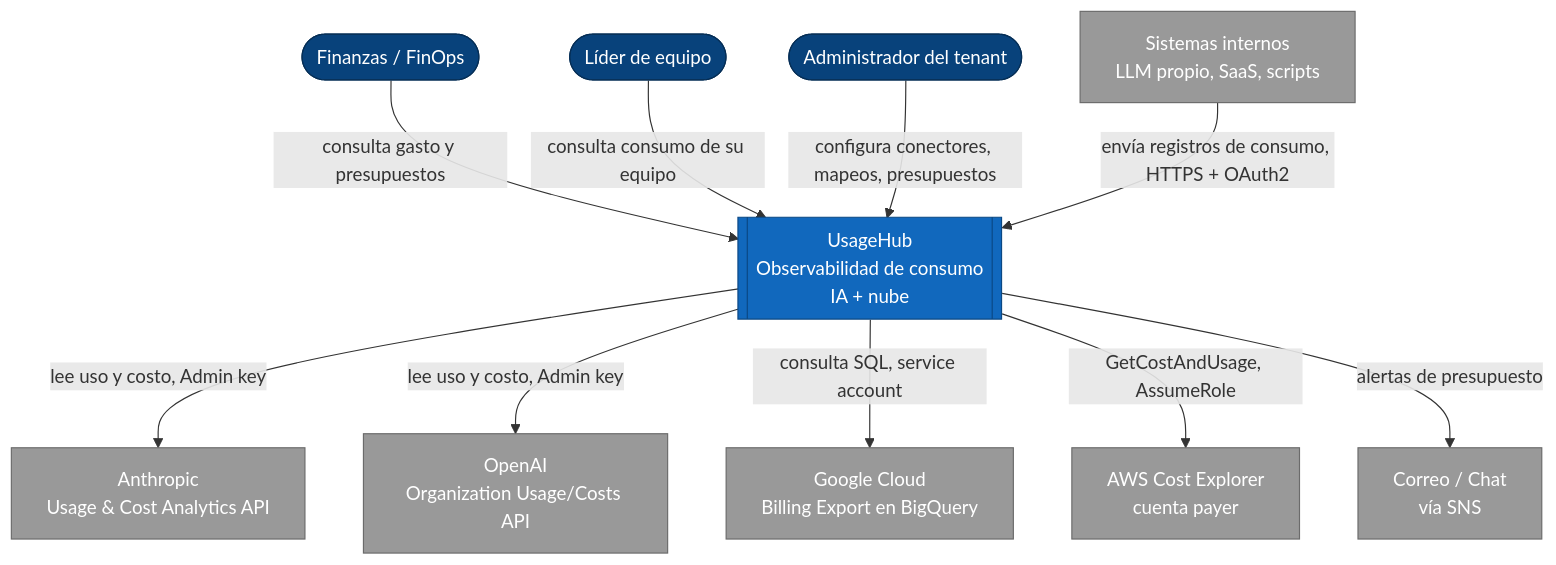
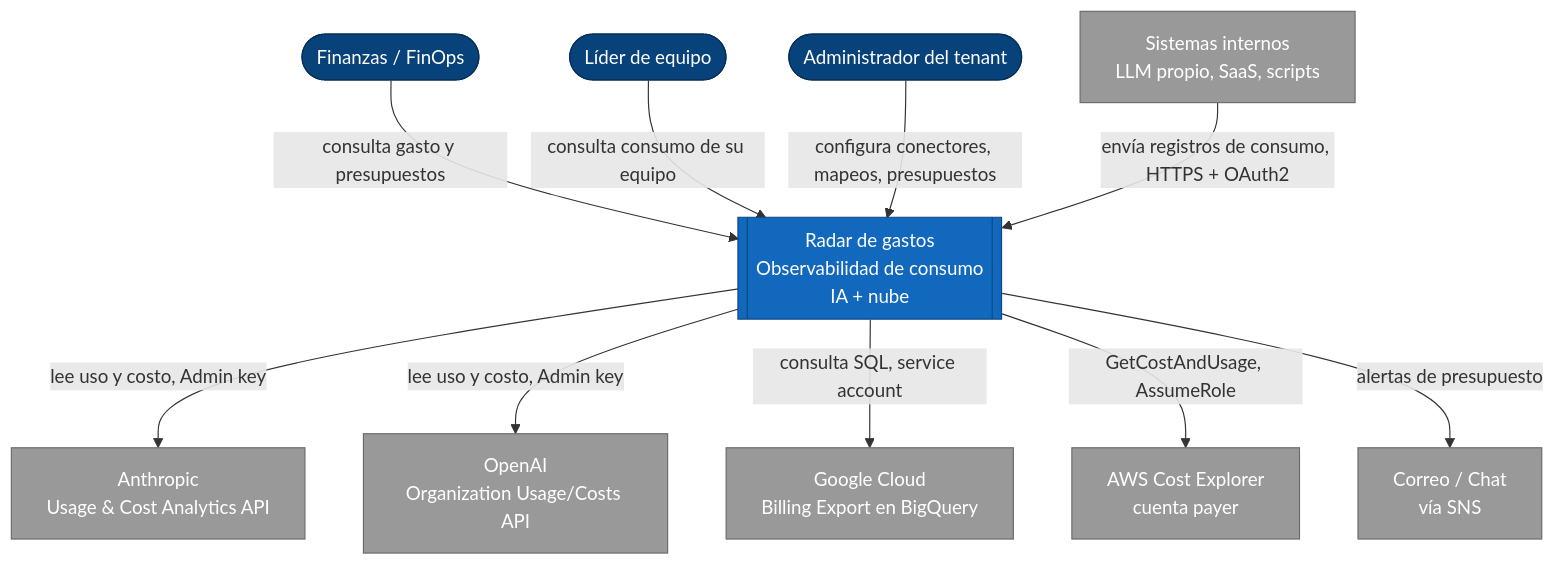
One commit to JimmySaito/radar-de-gastos-arquitectura changed the first of 6 diagrams in docs/03-vistas-c4.md. Above: the diagram before and after it, drawn with Mermaid. The commit also changed other lines of this file and 8 other files, not shown here.

First line of the commit message:
docs: renombrar el producto a Radar de gastos

````diff
--- a/docs/03-vistas-c4.md
+++ b/docs/03-vistas-c4.md
@@ -5,29 +5,29 @@
 ```mermaid
 flowchart TB
   fin([Finanzas / FinOps]):::person
   lead([Líder de equipo]):::person
   admin([Administrador del tenant]):::person
   ext[Sistemas internos<br/>LLM propio, SaaS, scripts]:::ext
 
-  hub[[UsageHub<br/>Observabilidad de consumo<br/>IA + nube]]:::system
+  hub[[Radar de gastos<br/>Observabilidad de consumo<br/>IA + nube]]:::system
 
   anth[Anthropic<br/>Usage & Cost Analytics API]:::ext
   oai[OpenAI<br/>Organization Usage/Costs API]:::ext
   gcp[Google Cloud<br/>Billing Export en BigQuery]:::ext
   aws[AWS Cost Explorer<br/>cuenta payer]:::ext
   mail[Correo / Chat<br/>vía SNS]:::ext
 
   fin -- consulta gasto y presupuestos --> hub
   lead -- consulta consumo de su equipo --> hub
   admin -- configura conectores, mapeos, presupuestos --> hub
   ext -- envía registros de consumo, HTTPS + OAuth2 --> hub
   hub -- lee uso y costo, Admin key --> anth
   hub -- lee uso y costo, Admin key --> oai
   hub -- consulta SQL, service account --> gcp
   hub -- GetCostAndUsage, AssumeRole --> aws
   hub -- alertas de presupuesto --> mail
 
   classDef person fill:#08427b,color:#fff,stroke:#052e56
   classDef system fill:#1168bd,color:#fff,stroke:#0b4884
   classDef ext fill:#999,color:#fff,stroke:#6b6b6b
 ```
````
